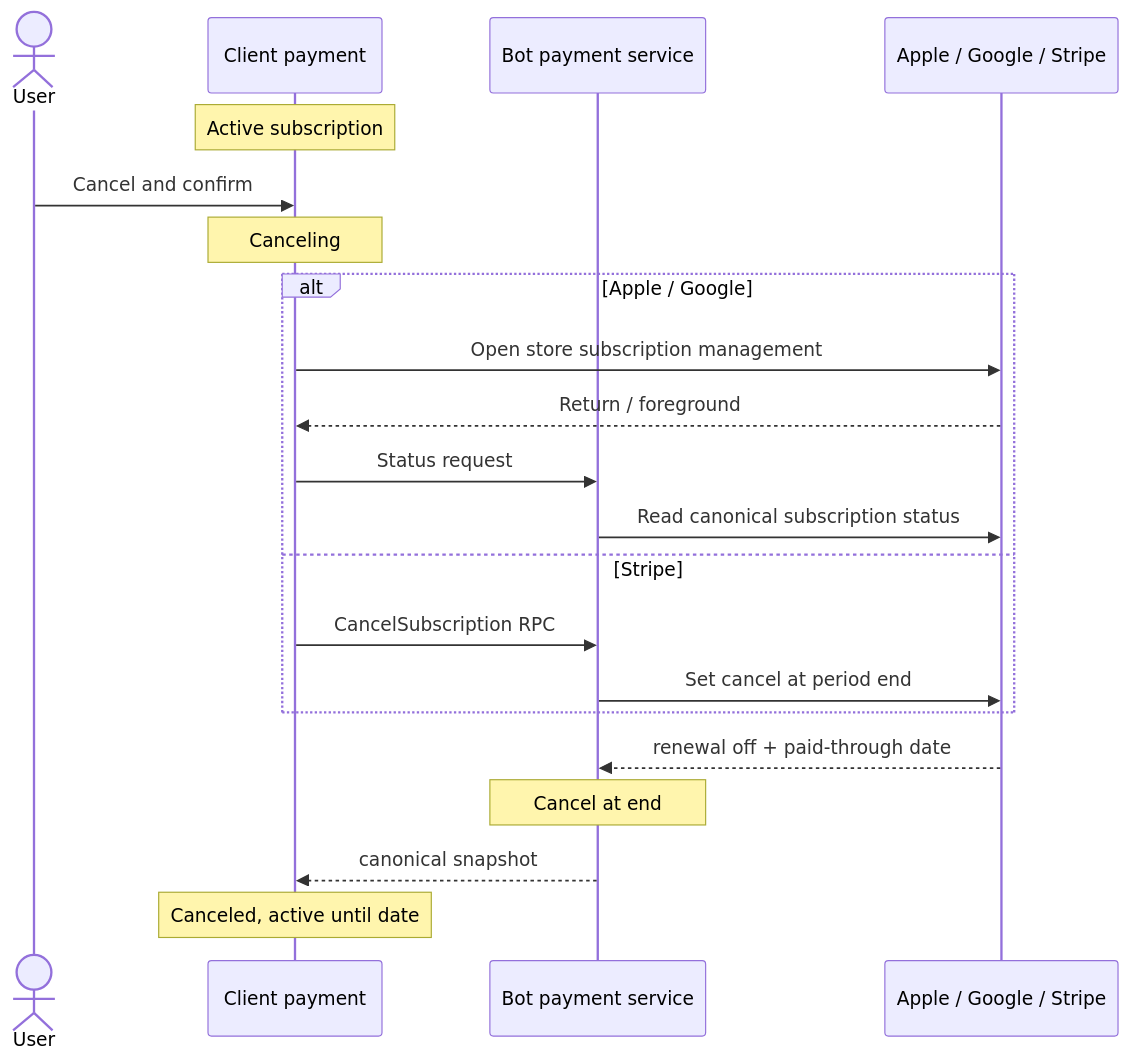
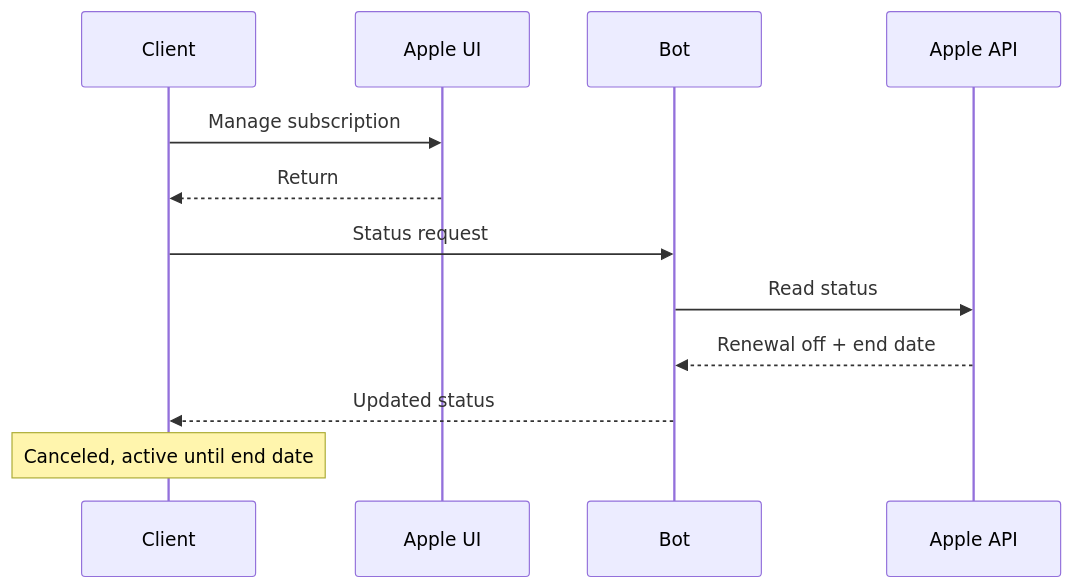
Before and after one commit to simplex-chat/simplex-chat: the tenth of 12 diagrams in plans/2026-07-20-supporter-badges-v2-product.md, drawn with Mermaid. The commit also changed other lines of this file and 1 other file, not shown here.

````diff
--- a/plans/2026-07-20-supporter-badges-v2-product.md
+++ b/plans/2026-07-20-supporter-badges-v2-product.md
@@ -230,24 +257,14 @@
 ```mermaid
 sequenceDiagram
-  actor U as User
-  participant CP as Client payment
-  participant B as Bot payment service
-  participant P as Apple / Google / Stripe
-
-  Note over CP: Active subscription
-  U->>CP: Cancel and confirm
-  Note over CP: Canceling
-  alt Apple / Google
-    CP->>P: Open store subscription management
-    P-->>CP: Return / foreground
-    CP->>B: Status request
-    B->>P: Read canonical subscription status
-  else Stripe
-    CP->>B: CancelSubscription RPC
-    B->>P: Set cancel at period end
-  end
-  P-->>B: renewal off + paid-through date
-  Note over B: Cancel at end
-  B-->>CP: canonical snapshot
-  Note over CP: Canceled, active until date
+  participant C as Client
+  participant UI as Apple UI
+  participant B as Bot
+  participant API as Apple API
+  C->>UI: Manage subscription
+  UI-->>C: Return
+  C->>B: Status request
+  B->>API: Read status
+  API-->>B: Renewal off + end date
+  B-->>C: Updated status
+  Note over C: Canceled, active until end date
 ```
````
